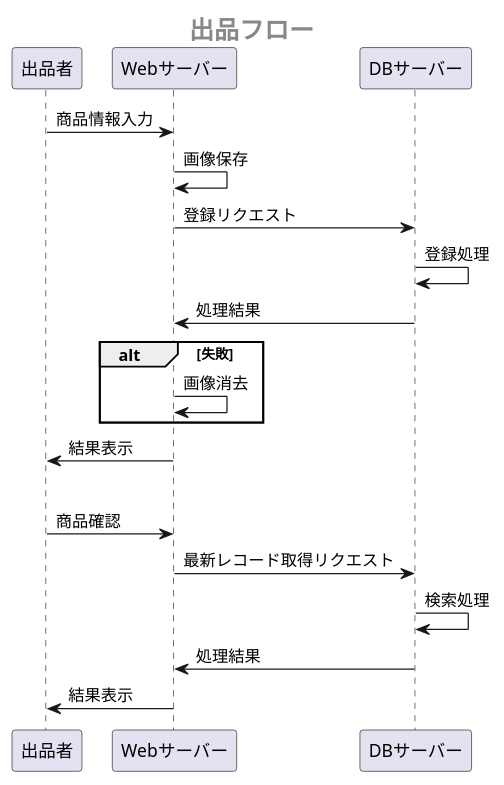
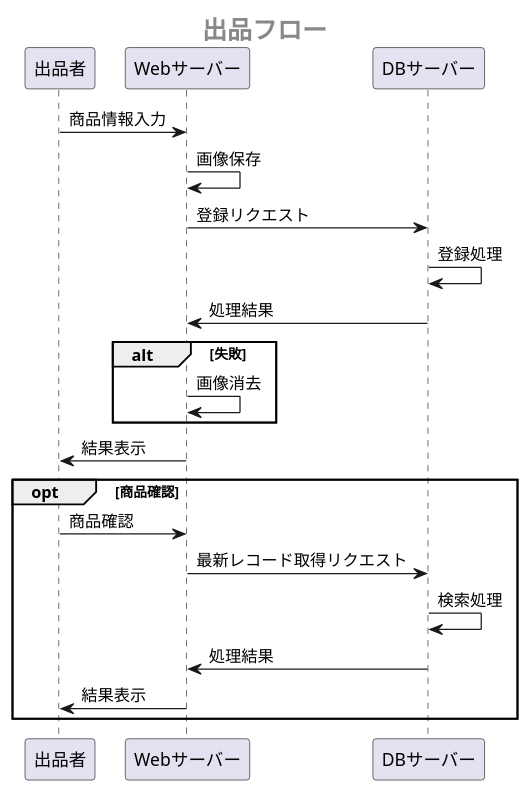
Before and after one commit to Aso2001385/NAISA: the fourth of 8 diagrams in 設計書/02_業務フロー/2021-12-22BusinessFlow.md, drawn with PlantUML. The commit also changed other lines of this file, not shown here.

````diff
--- a/設計書/02_業務フロー/2021-12-22BusinessFlow.md
+++ b/設計書/02_業務フロー/2021-12-22BusinessFlow.md
@@ -94,27 +94,28 @@
 ```uml
 @startuml
  center header <size:20><b>出品フロー</b></size>
   
  participant 出品者 as seller
  participant Webサーバー as web
  participant DBサーバー as db
 
  seller -> web:商品情報入力
  web -> web:画像保存
  web -> db:登録リクエスト
  db -> db:登録処理
  db -> web:処理結果
  alt 失敗
  web -> web:画像消去
  end
  web -> seller:結果表示
  
  opt 商品確認
- seller -> web:商品確認
- web -> db:最新レコード取得リクエスト
- db -> db:検索処理
- db -> web:処理結果
- web -> seller:結果表示
+  seller -> web:商品確認
+  web -> db:最新レコード取得リクエスト
+  db -> db:検索処理
+  db -> web:処理結果
+  web -> seller:結果表示
+ end
  
 @enduml
 ```
````
